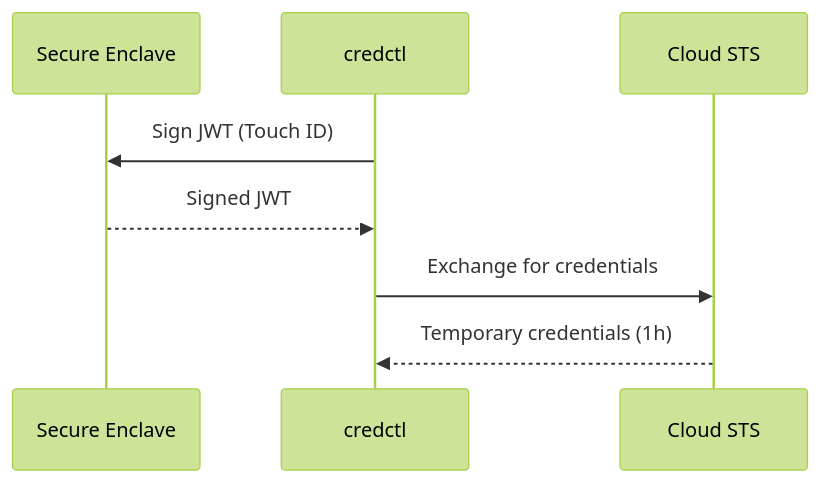
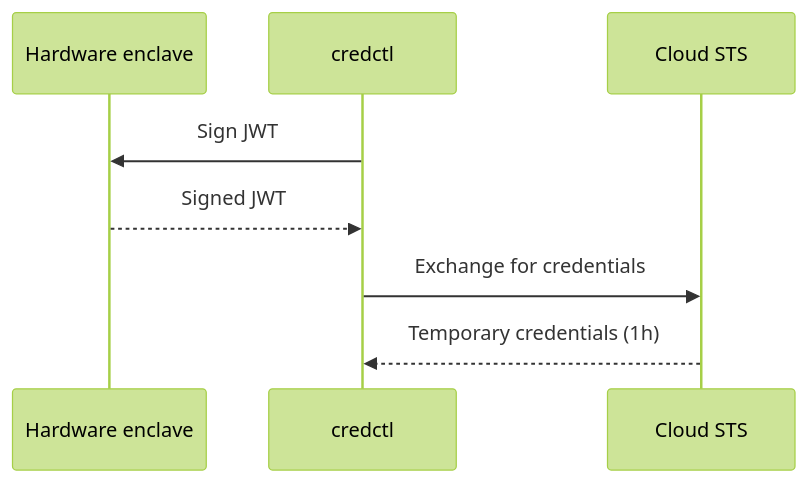
Before and after one commit to credctl/credctl: the diagram in README.md, drawn with Mermaid (forest theme). The commit also changed other lines of this file and 22 other files, not shown here.

````diff
--- a/README.md
+++ b/README.md
@@ -13,11 +13,11 @@
 ```mermaid
 sequenceDiagram
-    participant SE as Secure Enclave
+    participant HW as Hardware enclave
     participant CLI as credctl
     participant STS as Cloud STS
 
-    CLI->>SE: Sign JWT (Touch ID)
-    SE-->>CLI: Signed JWT
+    CLI->>HW: Sign JWT
+    HW-->>CLI: Signed JWT
     CLI->>STS: Exchange for credentials
     STS-->>CLI: Temporary credentials (1h)
 ```
````
